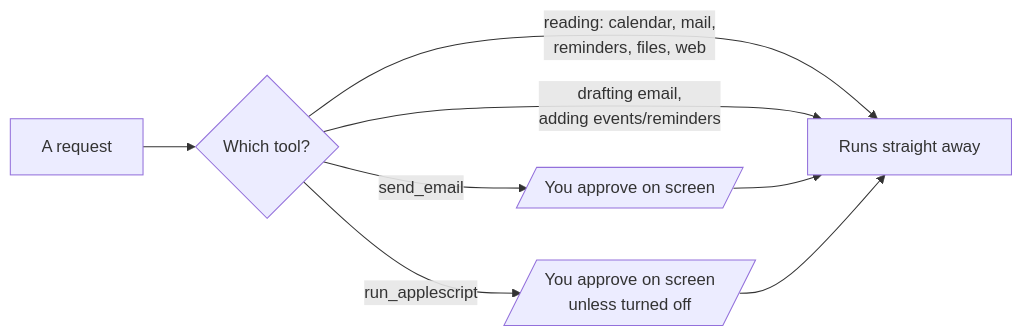
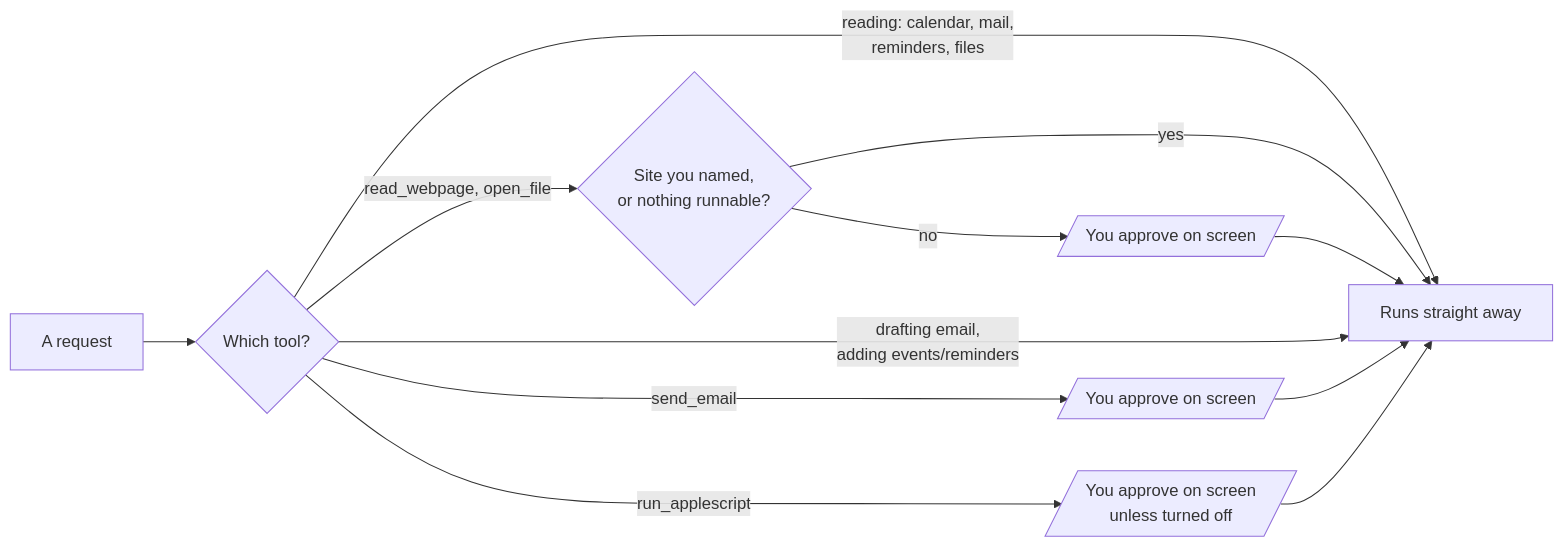
One commit to frank-shen-07/DesktopJarvis changed the second of 2 diagrams in docs/privacy-and-safety.md. Above: the diagram before and after it, drawn with Mermaid. The commit also changed other lines of this file and 2 other files, not shown here.

Commit message:
Ask before reading pages or opening runnable files the person didn't choose
Text in an email or web page could steer the model into fetching an
address that carries the person's mail or calendar off in its query
string, with no prompt on screen.

- read_webpage now asks first unless the site was named in the request
  or is the page open in the browser, and never reads pages on this Mac
  or the local network, checking every redirect too.
- open_file now asks first before opening apps, scripts, installers and
  other files that run something, or opening a file with Terminal.
- docs/privacy-and-safety.md describes the new approvals.

````diff
--- a/docs/privacy-and-safety.md
+++ b/docs/privacy-and-safety.md
@@ -52,8 +52,11 @@
 ```mermaid
 flowchart LR
     req[A request] --> tool{Which tool?}
-    tool -- reading: calendar, mail,<br/>reminders, files, web --> run[Runs straight away]
+    tool -- reading: calendar, mail,<br/>reminders, files --> run[Runs straight away]
+    tool -- read_webpage, open_file --> chosen{Site you named,<br/>or nothing runnable?}
+    chosen -- yes --> run
+    chosen -- no --> ask3[/You approve on screen/] --> run
     tool -- drafting email,<br/>adding events/reminders --> run
     tool -- send_email --> ask1[/You approve on screen/] --> run
     tool -- run_applescript --> ask2[/You approve on screen<br/>unless turned off/] --> run
 ```
````
